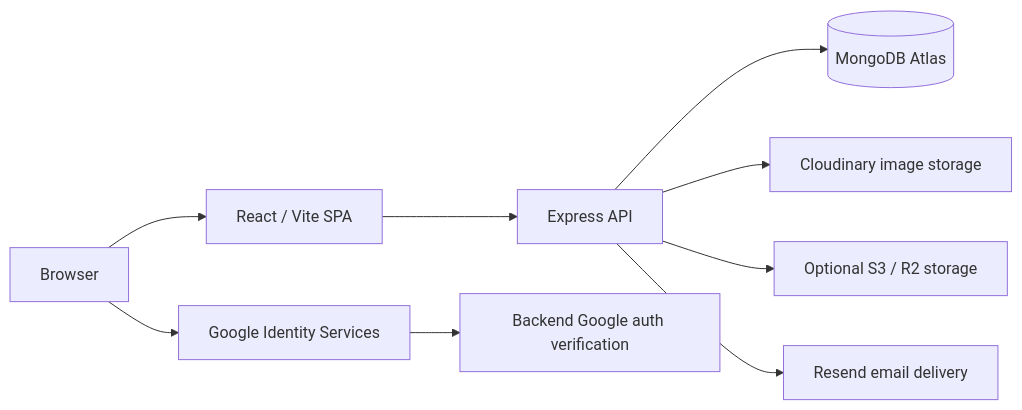
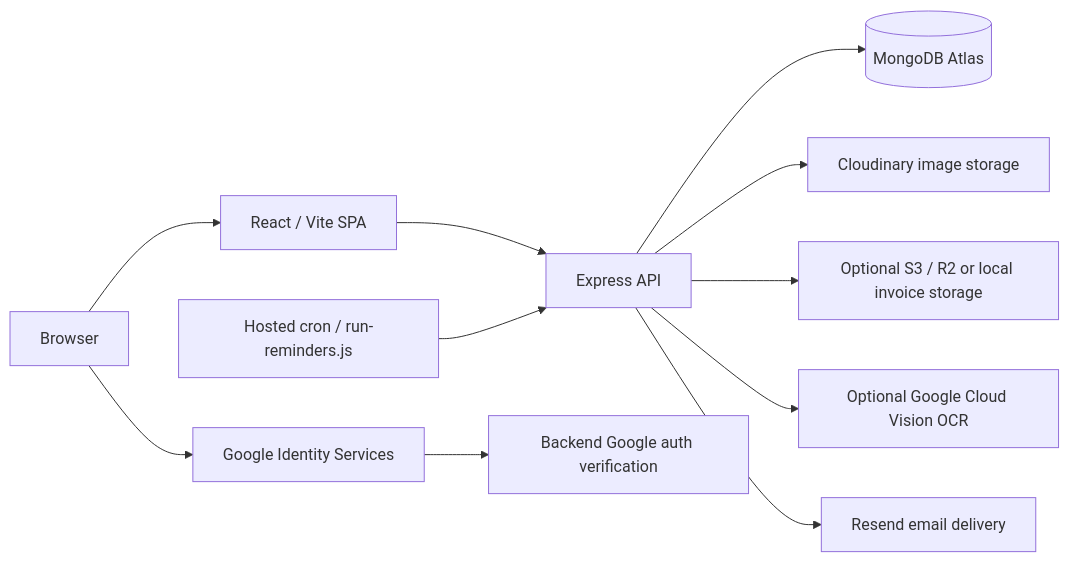
One commit to vatsavaiumesh-sudo/waranty-wallet-project changed the diagram in PROJECT_MEMORY.md. Above: the diagram before and after it, drawn with Mermaid. The commit also changed other lines of this file and 64 other files, not shown here.

````diff
--- a/PROJECT_MEMORY.md
+++ b/PROJECT_MEMORY.md
@@ -62,11 +64,13 @@
 ```mermaid
 flowchart LR
   Browser[Browser] --> Frontend[React / Vite SPA]
   Frontend --> Backend[Express API]
   Backend --> MongoDB[(MongoDB Atlas)]
   Backend --> Cloudinary[Cloudinary image storage]
-  Backend --> S3[Optional S3 / R2 storage]
+  Backend --> S3[Optional S3 / R2 or local invoice storage]
   Browser --> Google[Google Identity Services]
+  Backend --> Vision[Optional Google Cloud Vision OCR]
   Backend --> Email[Resend email delivery]
+  Scheduler[Hosted cron / run-reminders.js] --> Backend
   Google --> AuthController[Backend Google auth verification]
 ```
````
